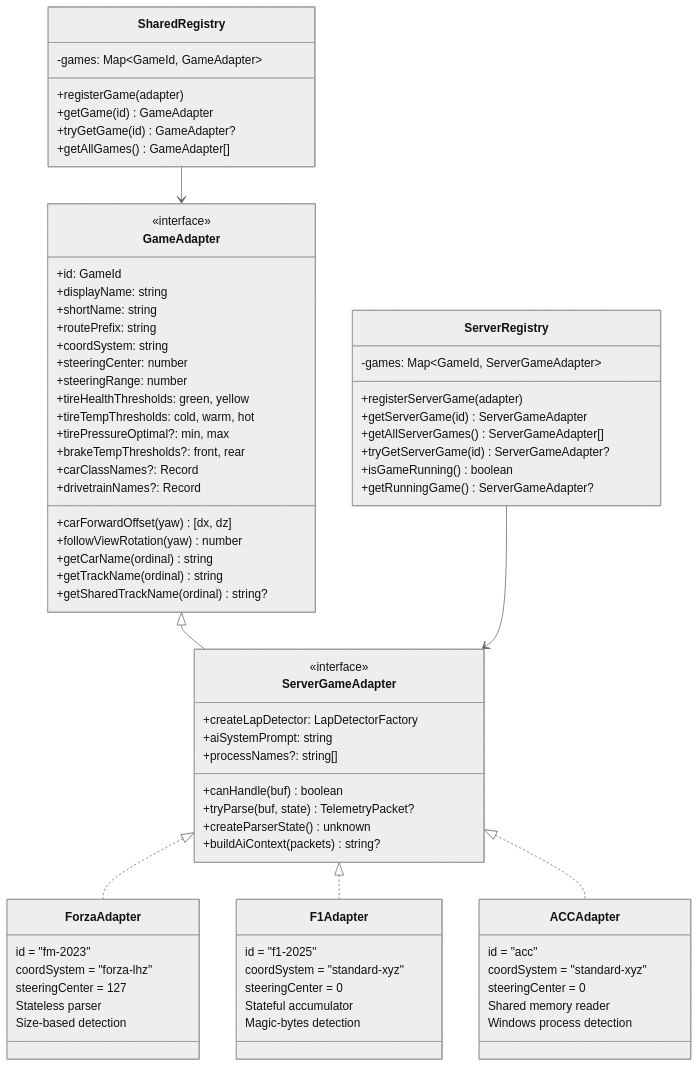
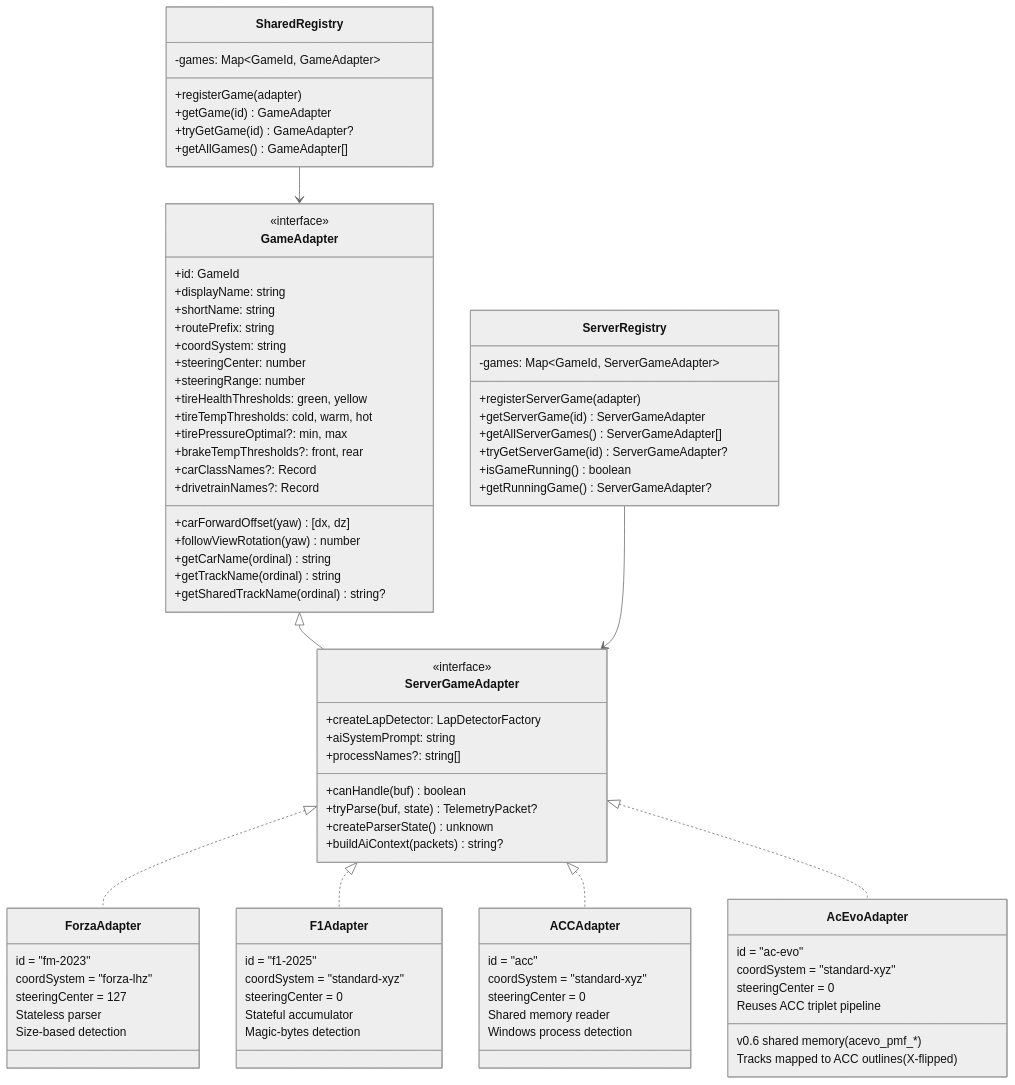
The fourth of 12 diagrams in ARCHITECTURE.md (dedeco-carrera/RaceIQ), drawn with Mermaid (neutral theme) before and after one commit. The commit also changed other lines of this file and 168 other files, not shown here.

First line of the commit message:
feat(ac-evo): Assetto Corsa Evo game adapter (#42)

```diff
--- a/ARCHITECTURE.md
+++ b/ARCHITECTURE.md
@@ -287,9 +289,19 @@
         Windows process detection
     }
 
+    class AcEvoAdapter {
+        id = "ac-evo"
+        coordSystem = "standard-xyz"
+        steeringCenter = 0
+        v0.6 shared memory (acevo_pmf_*)
+        Reuses ACC triplet pipeline
+        Tracks mapped to ACC outlines (X-flipped)
+    }
+
     ServerGameAdapter <|.. ForzaAdapter
     ServerGameAdapter <|.. F1Adapter
     ServerGameAdapter <|.. ACCAdapter
+    ServerGameAdapter <|.. AcEvoAdapter
 
     class SharedRegistry {
         -games: Map~GameId, GameAdapter~
```
